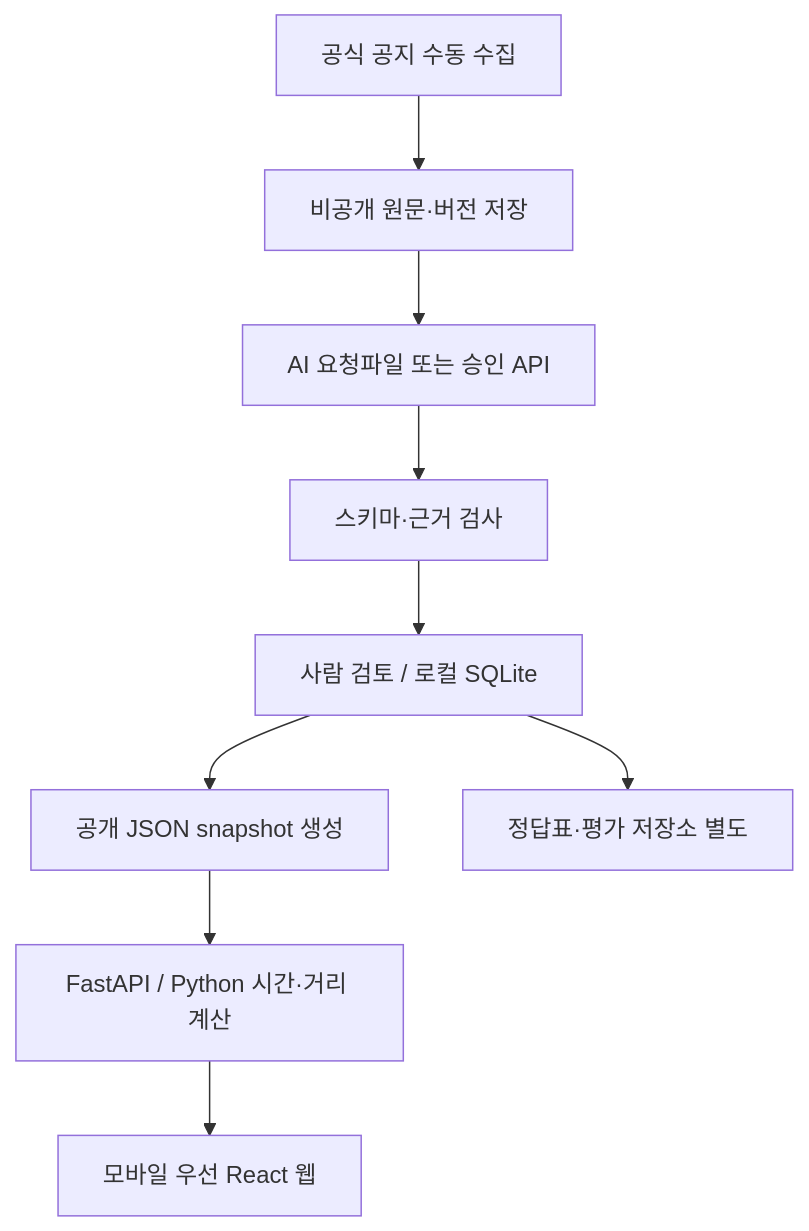
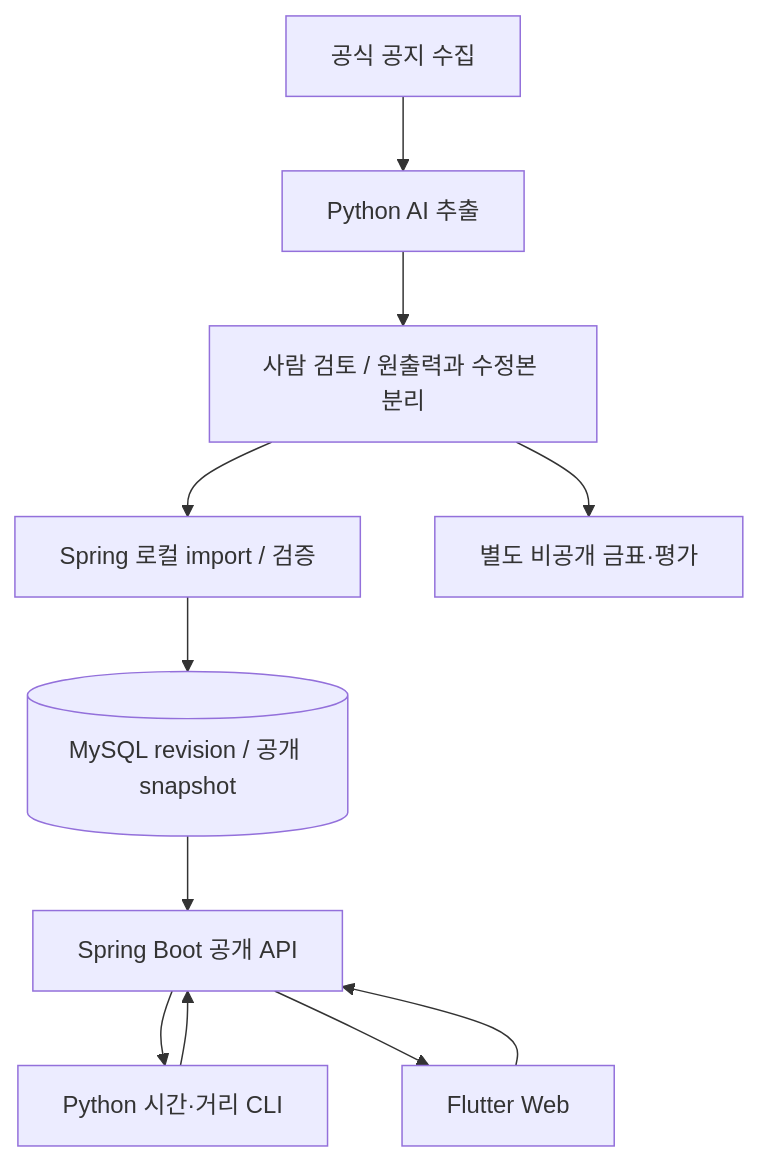
The diagram in docs/spec/04_계산규칙과기술설계.md (nam9ming/myai), drawn with Mermaid before and after one commit. The commit also changed other lines of this file and 24 other files, not shown here.

Commit message:
Update full MVP specification for Flutter Web Spring Boot and MySQL

````diff
--- a/docs/spec/04_계산규칙과기술설계.md
+++ b/docs/spec/04_계산규칙과기술설계.md
@@ -111,11 +113,13 @@
 ```mermaid
 flowchart TD
- A[공식 공지 수동 수집] --> B[비공개 원문·버전 저장]
- B --> C[AI 요청파일 또는 승인 API]
- C --> D[스키마·근거 검사]
- D --> E[사람 검토 / 로컬 SQLite]
- E --> F[공개 JSON snapshot 생성]
- F --> G[FastAPI / Python 시간·거리 계산]
- G --> H[모바일 우선 React 웹]
- E --> I[정답표·평가 저장소 별도]
+ A[공식 공지 수집] --> B[Python AI 추출]
+ B --> C[사람 검토 / 원출력과 수정본 분리]
+ C --> D[Spring 로컬 import / 검증]
+ D --> E[(MySQL revision / 공개 snapshot)]
+ F[Flutter Web] --> G[Spring Boot 공개 API]
+ E --> G
+ G --> H[Python 시간·거리 CLI]
+ H --> G
+ G --> F
+ C --> I[별도 비공개 금표·평가]
 ```
````
